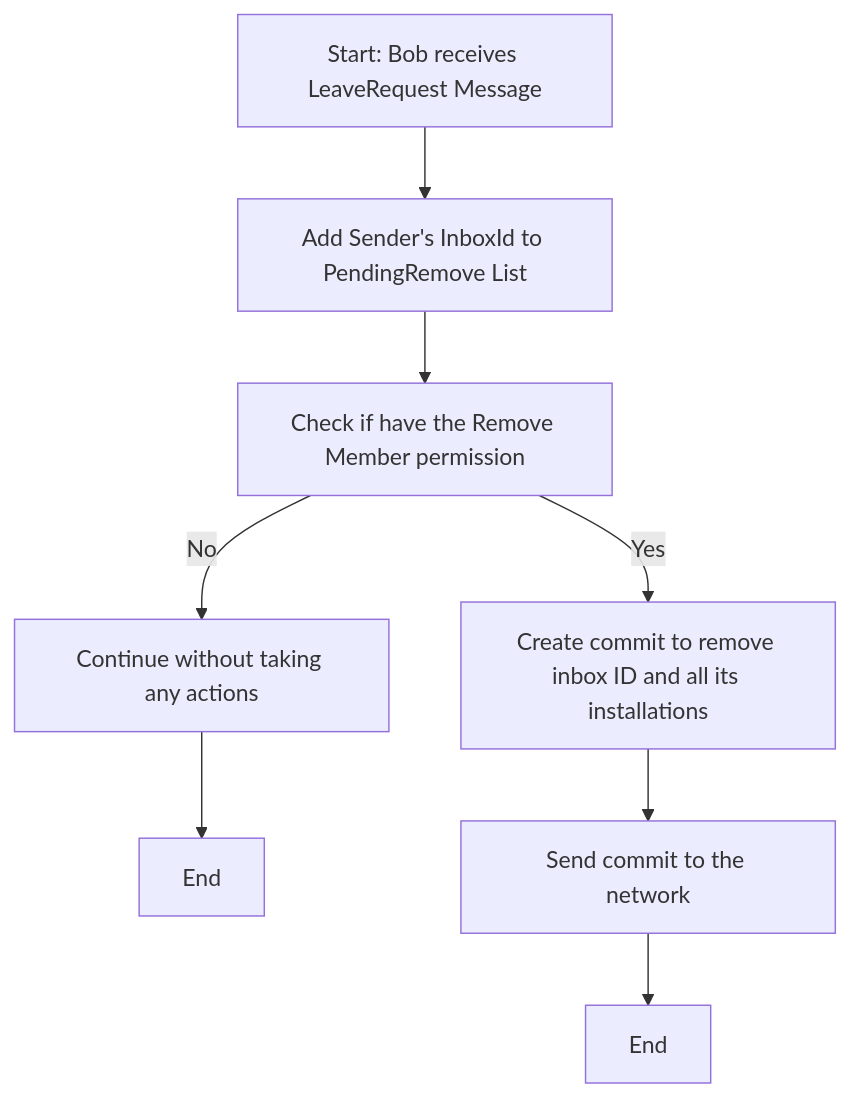
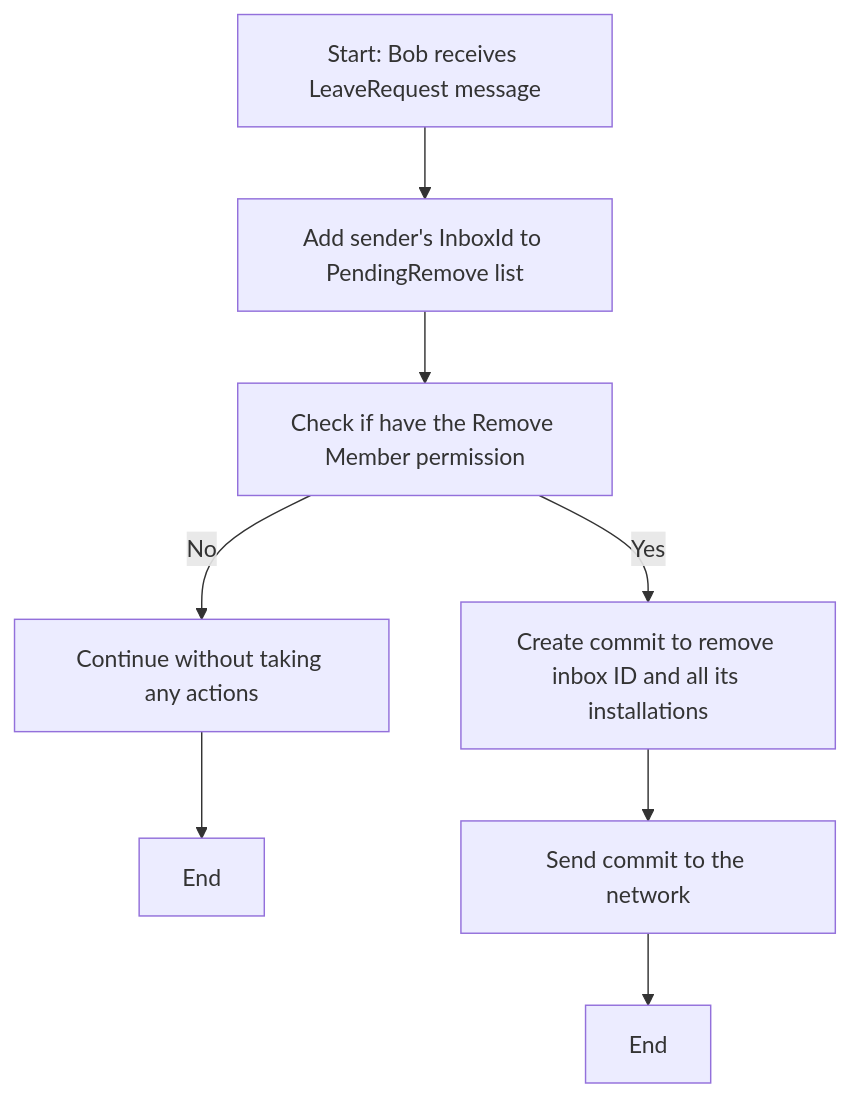
One commit to xmtp/XIPs changed the fourth of 6 diagrams in xip-XX-self-removal.md. Above: the diagram before and after it, drawn with Mermaid. The commit also changed other lines of this file, not shown here.

````diff
--- a/xip-XX-self-removal.md
+++ b/xip-XX-self-removal.md
@@ -115,12 +115,12 @@
 ```mermaid
 flowchart TD
-    A[Start: Bob receives LeaveRequest Message] --> B[Add Sender's InboxId to PendingRemove List]
+    A[Start: Bob receives LeaveRequest message] --> B[Add sender's InboxId to PendingRemove list]
     B --> C[Check if have the Remove Member permission]
 
     C -->|No| D[Continue without taking any actions]
     D --> E[End]
 
     C -->|Yes| F[Create commit to remove inbox ID and all its installations]
     F --> G[Send commit to the network]
     G --> K[End]
 ```
````
